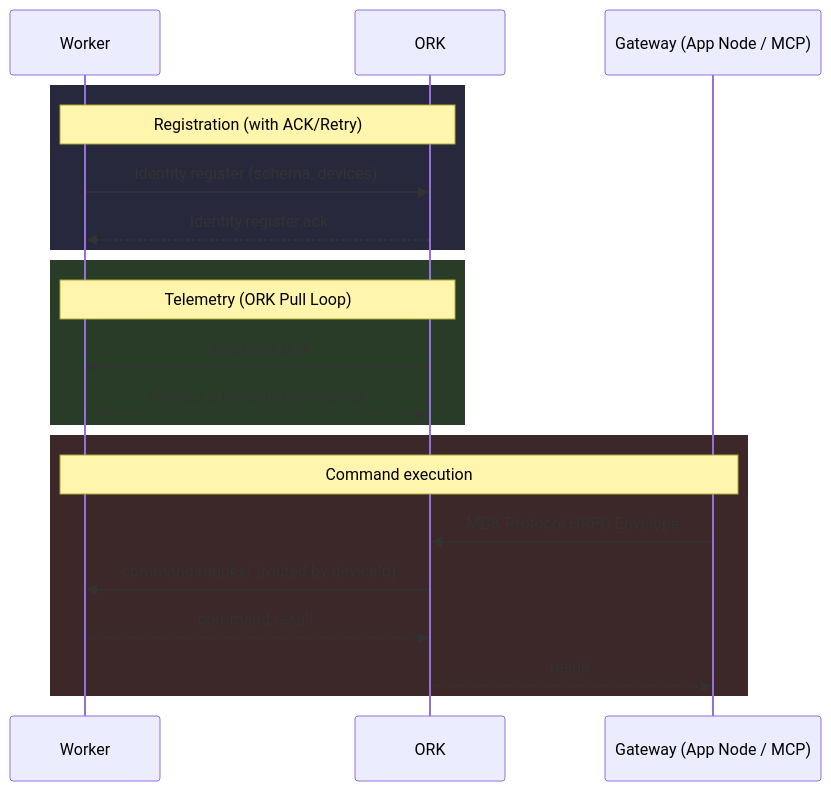
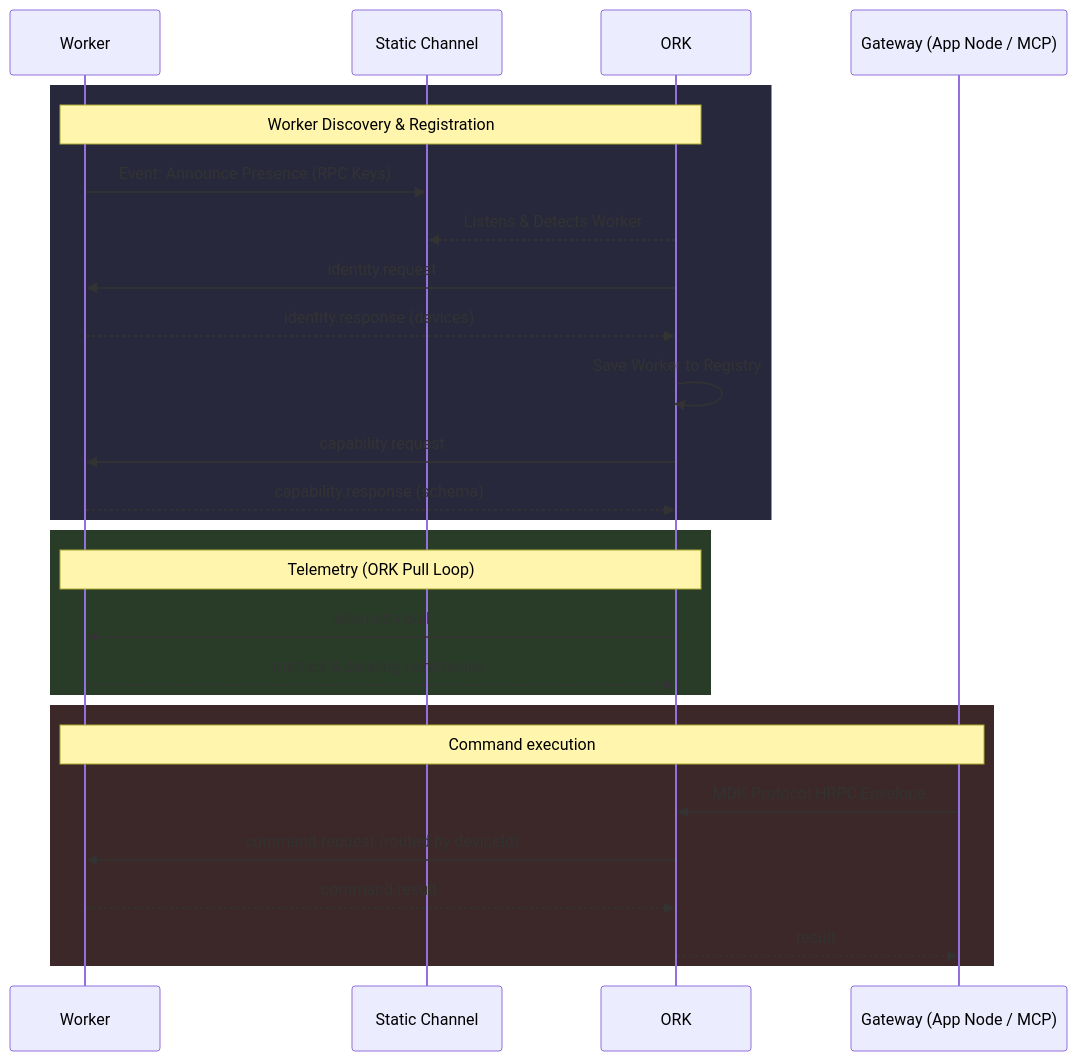
One commit to Gio-Galt/mdk-be changed the second of 13 diagrams in docs/hld.md. Above: the diagram before and after it, drawn with Mermaid. The commit also changed other lines of this file and 1 other file, not shown here.

Commit message:
Update on the registry of worker method

````diff
--- a/docs/hld.md
+++ b/docs/hld.md
@@ -128,26 +132,32 @@
 ```mermaid
 sequenceDiagram
     participant W as Worker
+    participant Ch as Static Channel
     participant O as ORK
     participant G as Gateway (App Node / MCP)
 
     rect rgb(40, 40, 60)
-    Note over W,O: Registration (with ACK/Retry)
-    W->>O: identity.register (schema, devices)
-    O-->>W: identity.register.ack
+    Note over W,O: Worker Discovery & Registration
+    W->>Ch: Event: Announce Presence (RPC Keys)
+    O-->>Ch: Listens & Detects Worker
+    O->>W: identity.request
+    W-->>O: identity.response (devices)
+    O->>O: Save Worker to Registry
+    O->>W: capability.request
+    W-->>O: capability.response (schema)
     end
 
     rect rgb(40, 60, 40)
     Note over O,W: Telemetry (ORK Pull Loop)
     O->>W: telemetry.pull
     W-->>O: metrics & pending commands
     end
 
     rect rgb(60, 40, 40)
     Note over G,W: Command execution
     G->>O: MDK Protocol HRPC Envelope
     O->>W: command.request (routed by deviceId)
     W-->>O: command.result
     O-->>G: result
     end
 ```
````
